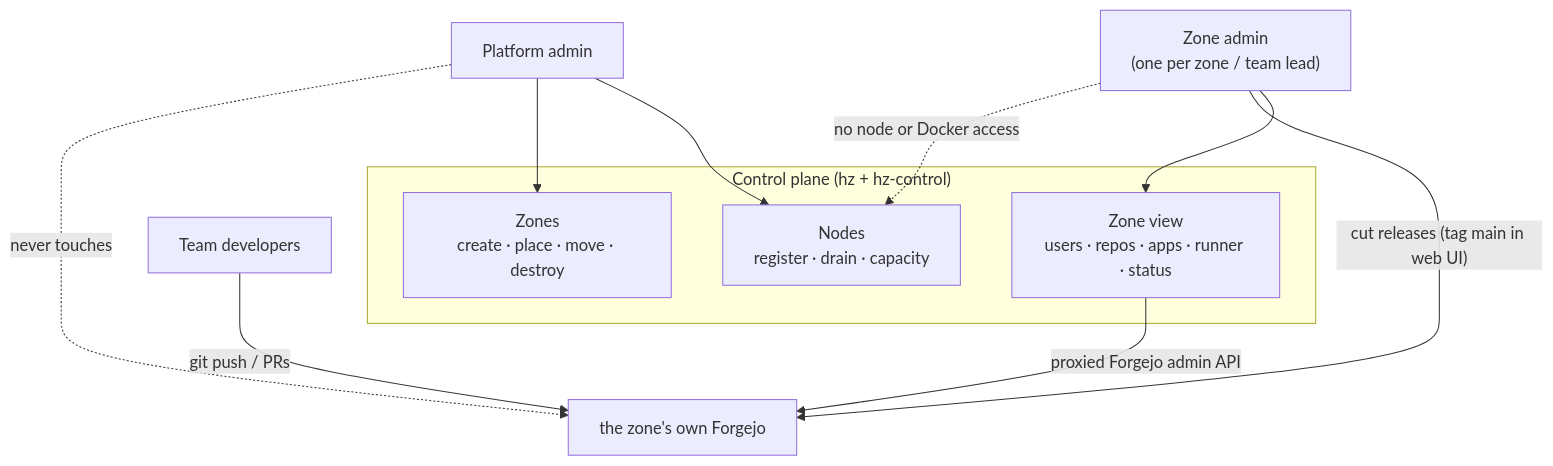
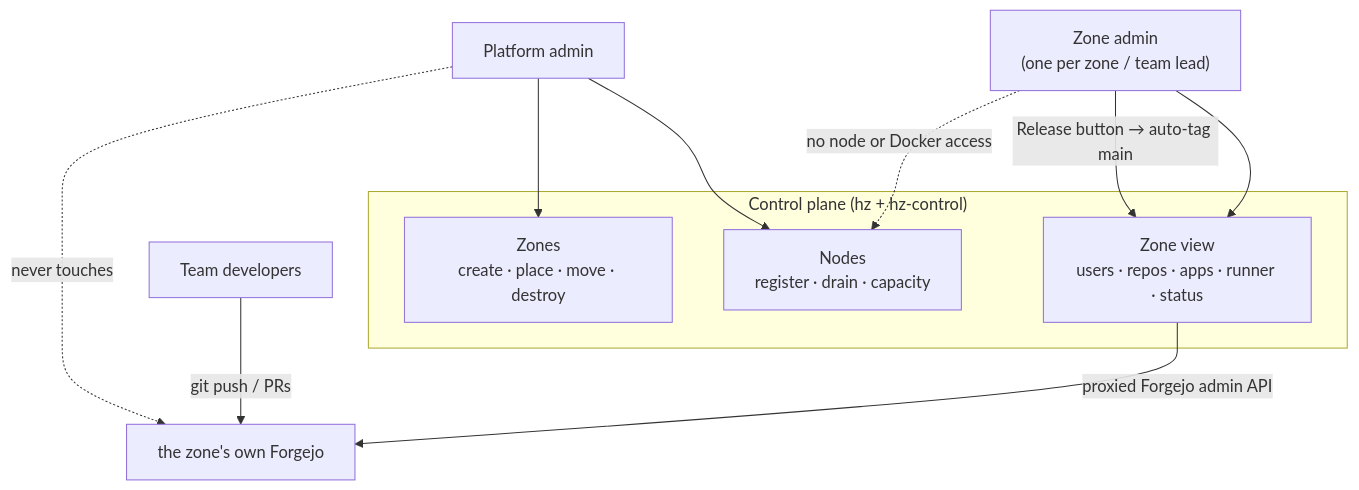
One commit to johnjoeallen/ignition changed the diagram in docs/roles.md. Above: the diagram before and after it, drawn with Mermaid. The commit also changed other lines of this file and 8 other files, not shown here.

First line of the commit message:
Auto-tag releases from the zone console

````diff
--- a/docs/roles.md
+++ b/docs/roles.md
@@ -5,22 +5,22 @@
 ```mermaid
 flowchart TB
     pa["Platform admin"]
     za["Zone admin<br/>(one per zone / team lead)"]
     dev["Team developers"]
 
     subgraph cp["Control plane (hz + hz-control)"]
         nodes["Nodes<br/>register · drain · capacity"]
         zones["Zones<br/>create · place · move · destroy"]
         zoneview["Zone view<br/>users · repos · apps · runner · status"]
     end
 
     pa --> nodes
     pa --> zones
     za --> zoneview
     zoneview -->|"proxied Forgejo admin API"| forgejo["the zone's own Forgejo"]
-    za -->|"cut releases (tag main in web UI)"| forgejo
+    za -->|"Release button → auto-tag main"| zoneview
     dev -->|git push / PRs| forgejo
 
     pa -. "never touches" .-> forgejo
     za -. "no node or Docker access" .-> nodes
 ```
````
